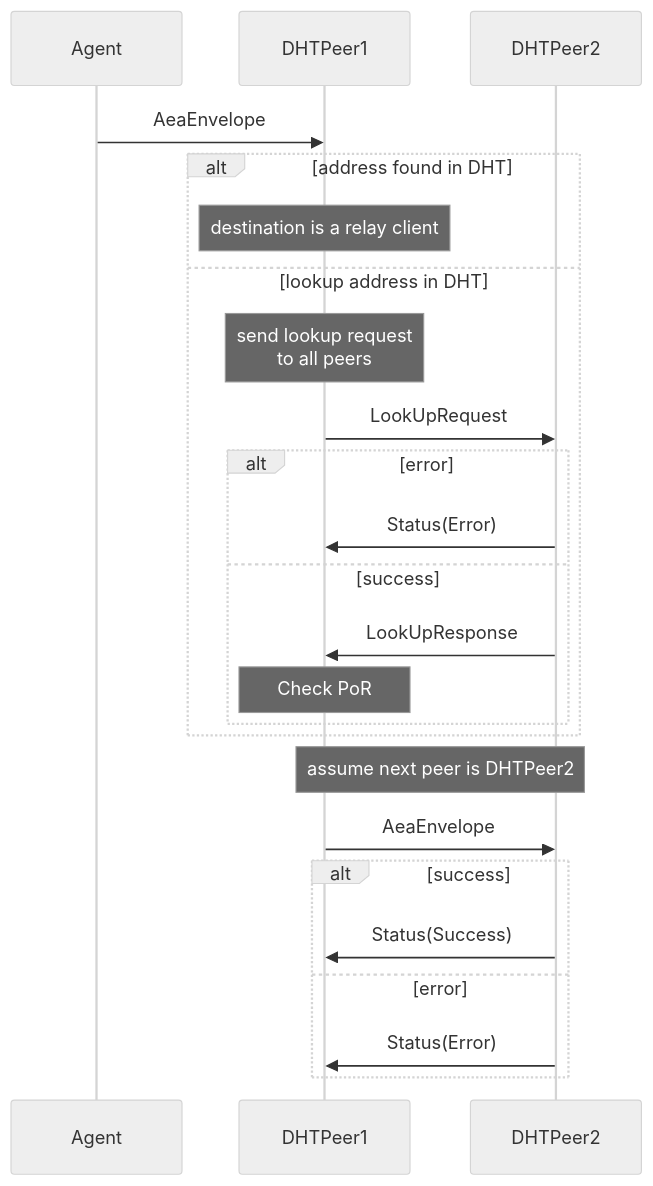
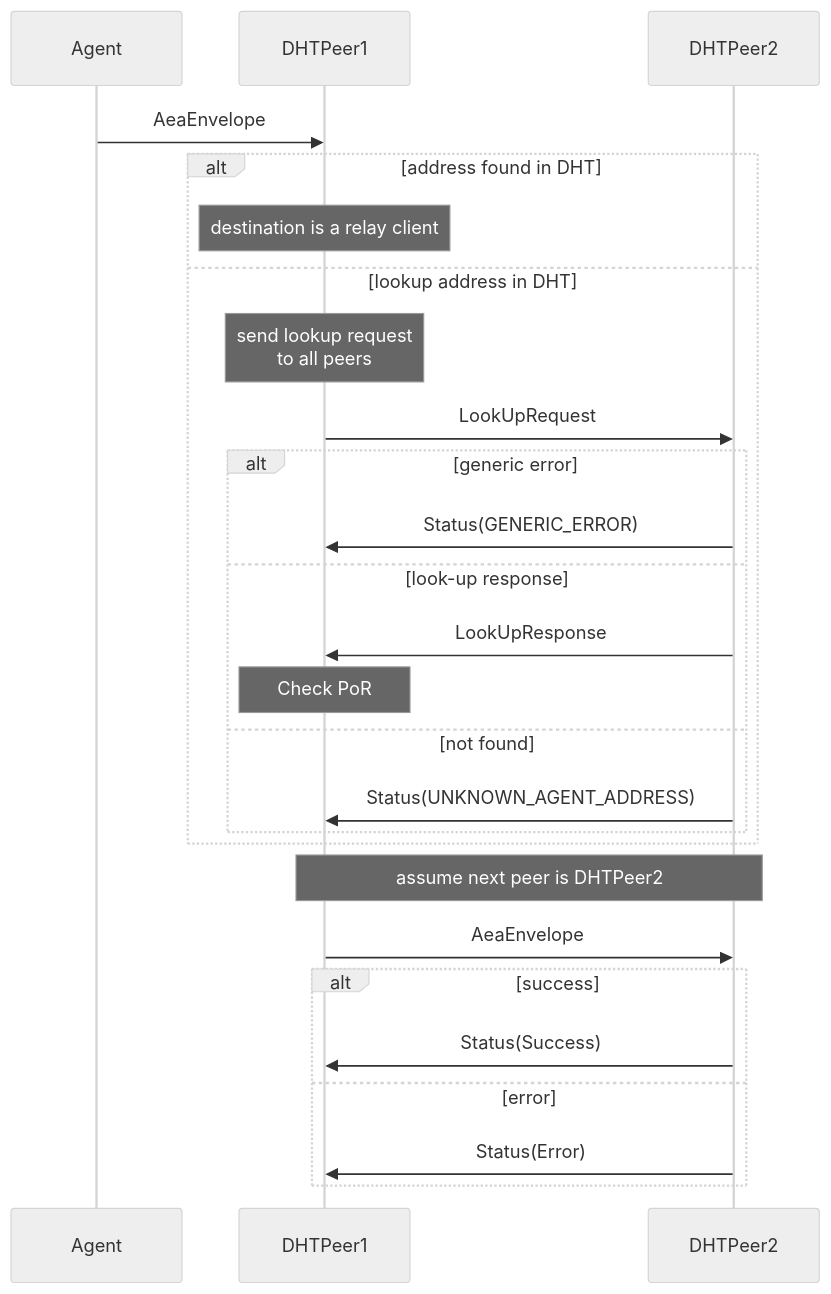
The fifth of 7 diagrams in docs/acn-internals.md (legendarydeveloper919/agents-aea), drawn with Mermaid (neutral theme) before and after one commit. The commit also changed other lines of this file, not shown here.

Commit message:
docs: improve diagrams for DHT lookup

```diff
--- a/docs/acn-internals.md
+++ b/docs/acn-internals.md
@@ -251,26 +251,28 @@
 <div class="mermaid">
     sequenceDiagram
         participant Agent
         participant DHTPeer1
         participant DHTPeer2
         Agent->>DHTPeer1: AeaEnvelope
         alt address found in DHT
             note over DHTPeer1: destination is a relay client
         else lookup address in DHT
             note over DHTPeer1: send lookup request<br/> to all peers
             DHTPeer1->>DHTPeer2: LookUpRequest
-            alt error
-                DHTPeer2->>DHTPeer1: Status(Error)
-            else success
+            alt generic error
+                DHTPeer2->>DHTPeer1: Status(GENERIC_ERROR)
+            else look-up response
                 DHTPeer2->>DHTPeer1: LookUpResponse
                 note over DHTPeer1: Check PoR
+            else not found
+                DHTPeer2->>DHTPeer1:Status(UNKNOWN_AGENT_ADDRESS)
             end
         end
         note over DHTPeer1,DHTPeer2: assume next peer is DHTPeer2
         DHTPeer1->>DHTPeer2: AeaEnvelope
         alt success
             DHTPeer2->>DHTPeer1: Status(Success)
         else error
             DHTPeer2->>DHTPeer1: Status(Error)
         end
 </div>
```
